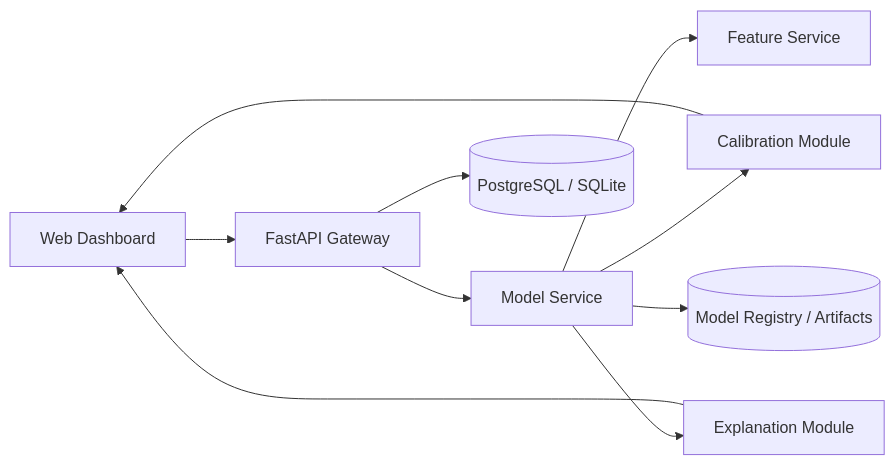
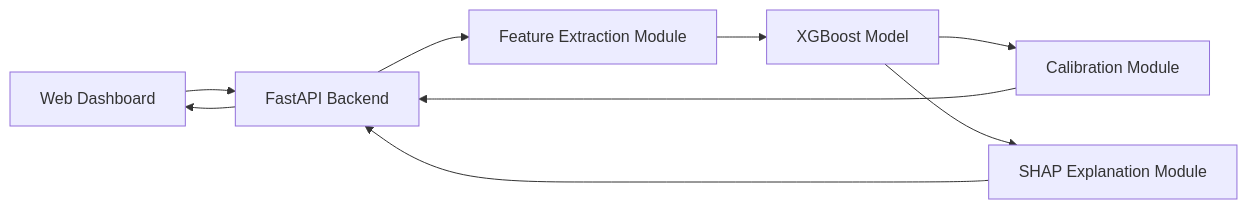
The fourth of 4 diagrams in blueprint.md (Atik203/HaluRISC), drawn with Mermaid before and after one commit. The commit also changed other lines of this file and 1 other file, not shown here.

````diff
--- a/blueprint.md
+++ b/blueprint.md
@@ -1387,12 +1501,11 @@
 ```mermaid
 flowchart LR
-    UI[Web Dashboard] --> Gateway[FastAPI Gateway]
-    Gateway --> ModelSvc[Model Service]
-    ModelSvc --> FeatureSvc[Feature Service]
-    ModelSvc --> Calib[Calibration Module]
-    ModelSvc --> XAI[Explanation Module]
-    Gateway --> DB[(PostgreSQL / SQLite)]
-    ModelSvc --> Registry[(Model Registry / Artifacts)]
-    XAI --> UI
-    Calib --> UI
+    UI[Web Dashboard] --> API[FastAPI Backend]
+    API --> Extract[Feature Extraction Module]
+    Extract --> Model[XGBoost Model]
+    Model --> Calib[Calibration Module]
+    Model --> XAI[SHAP Explanation Module]
+    XAI --> API
+    Calib --> API
+    API --> UI
 ```
````
